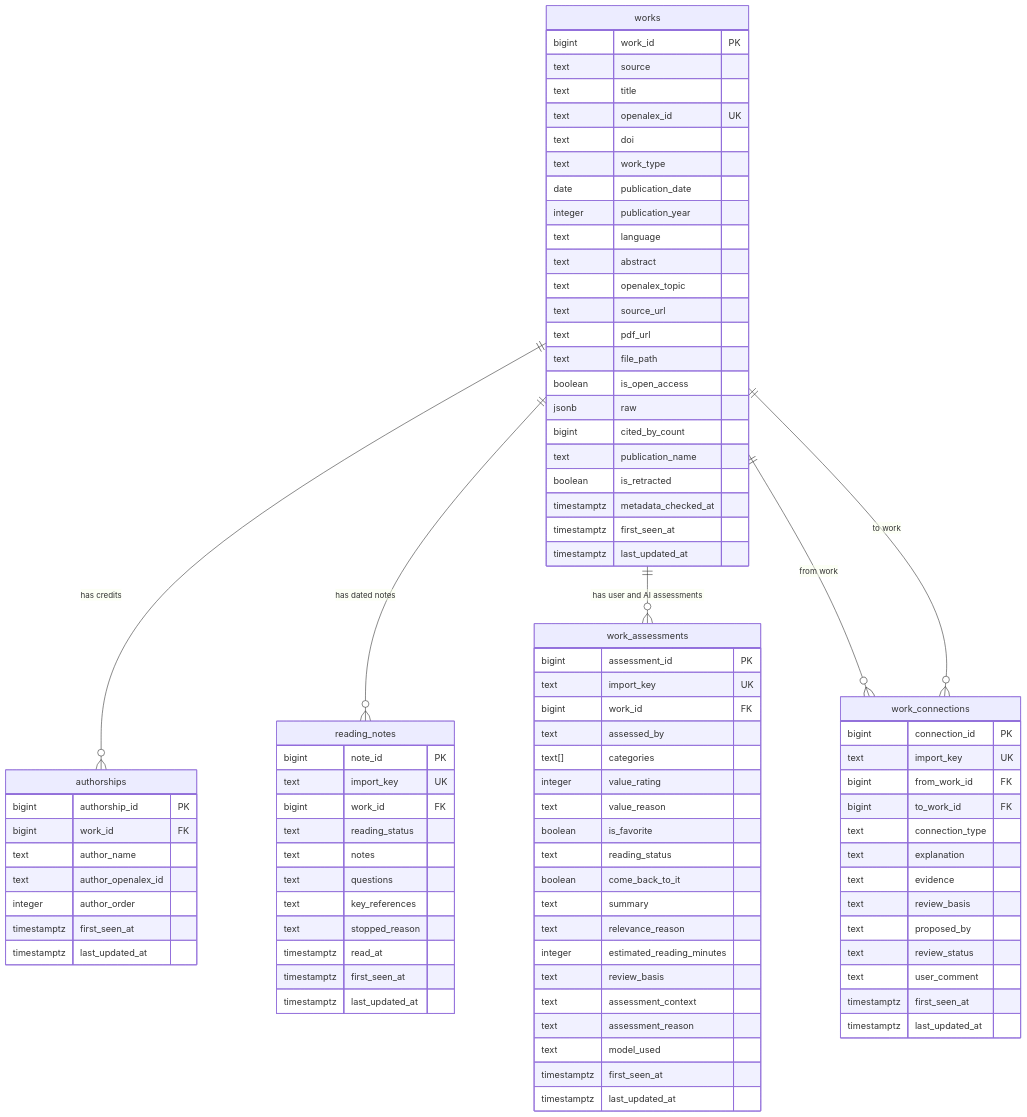
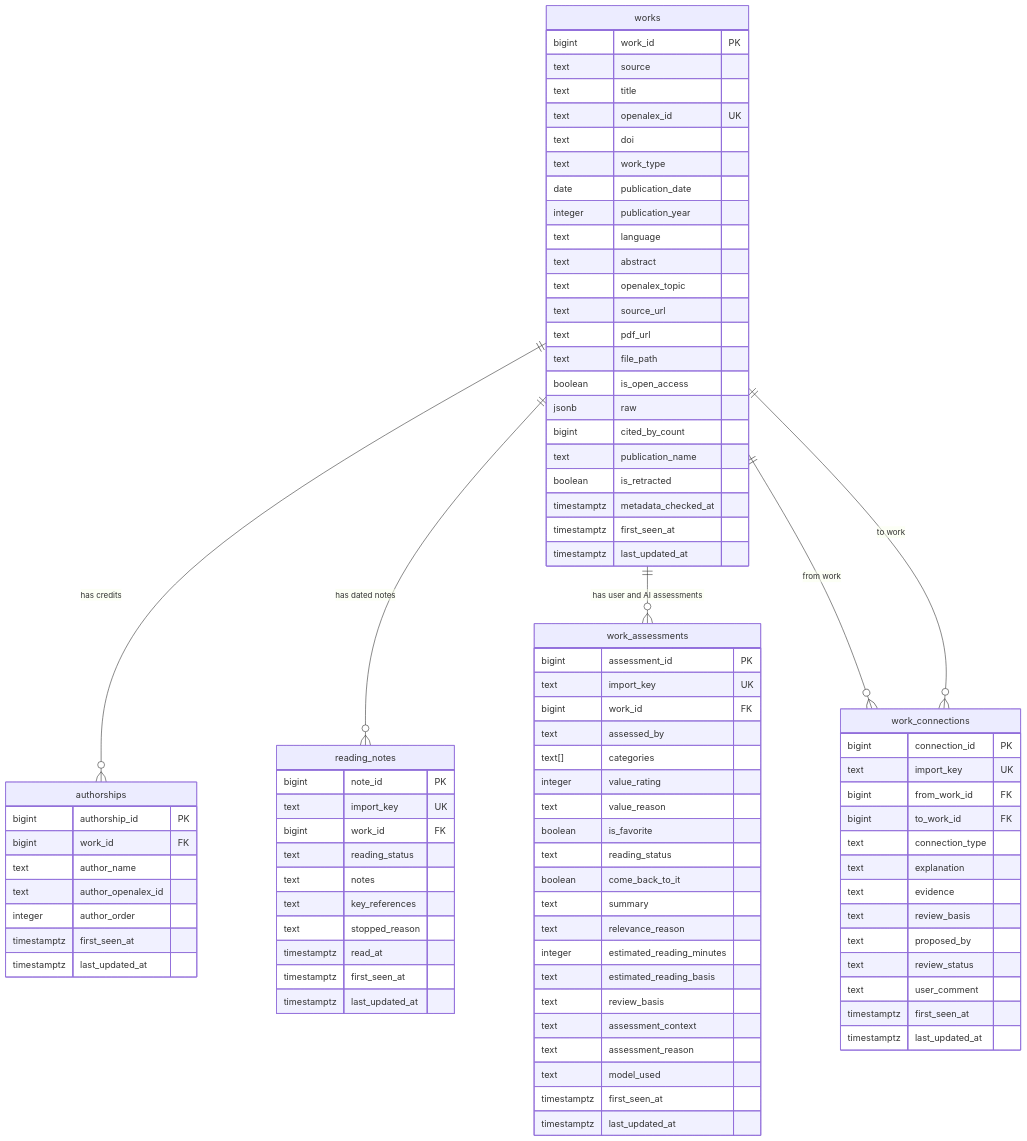
Before and after one commit to khoekstr/bsad6153-taylor: the diagram in docs/schema.md, drawn with Mermaid. The commit also changed other lines of this file and 9 other files, not shown here.

```diff
--- a/docs/schema.md
+++ b/docs/schema.md
@@ -53,7 +53,6 @@
         bigint work_id FK
         text reading_status
         text notes
-        text questions
         text key_references
         text stopped_reason
         timestamptz read_at
@@ -74,6 +73,7 @@
         text summary
         text relevance_reason
         integer estimated_reading_minutes
+        text estimated_reading_basis
         text review_basis
         text assessment_context
         text assessment_reason
```
